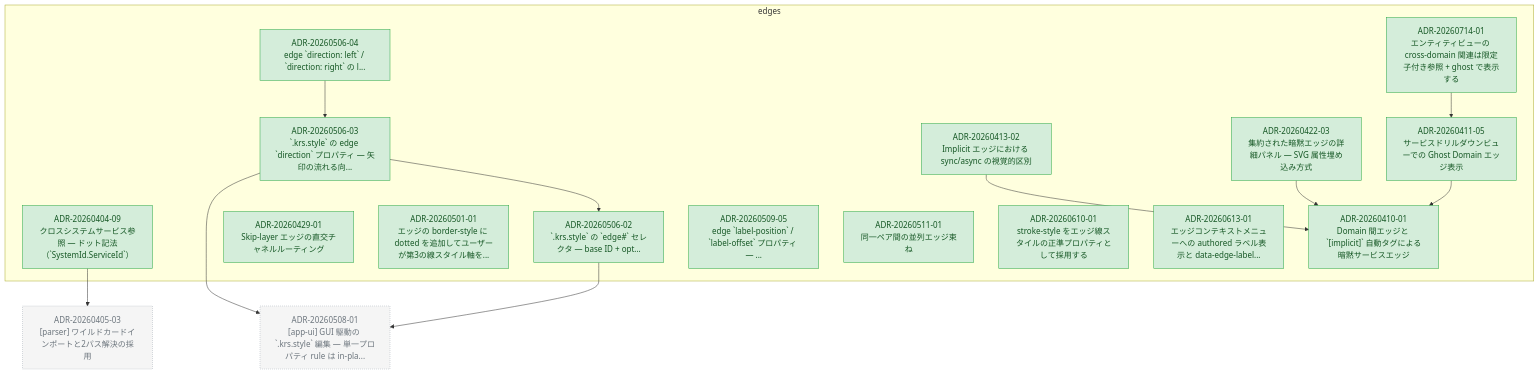
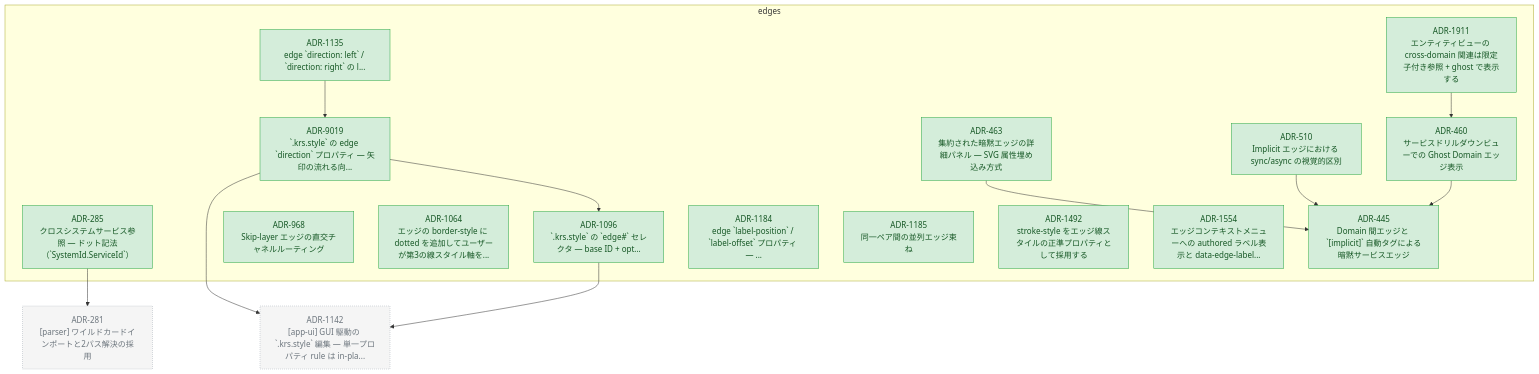
One commit to kompiro/karasu changed the diagram in docs/adr/graph/edges.md. Above: the diagram before and after it, drawn with Mermaid. The commit also changed 836 other files, not shown here.

````diff
--- a/docs/adr/graph/edges.md
+++ b/docs/adr/graph/edges.md
@@ -6,55 +6,55 @@
 ```mermaid
 flowchart TD
   subgraph edges["edges"]
-    ADR_20260404_09["ADR-20260404-09<br/>クロスシステムサービス参照 — ドット記法（`SystemId.ServiceId`）"]
-    ADR_20260410_01["ADR-20260410-01<br/>Domain 間エッジと `[implicit]` 自動タグによる暗黙サービスエッジ"]
-    ADR_20260411_05["ADR-20260411-05<br/>サービスドリルダウンビューでの Ghost Domain エッジ表示"]
-    ADR_20260413_02["ADR-20260413-02<br/>Implicit エッジにおける sync/async の視覚的区別"]
-    ADR_20260422_03["ADR-20260422-03<br/>集約された暗黙エッジの詳細パネル — SVG 属性埋め込み方式"]
-    ADR_20260429_01["ADR-20260429-01<br/>Skip-layer エッジの直交チャネルルーティング"]
-    ADR_20260501_01["ADR-20260501-01<br/>エッジの border-style に dotted を追加してユーザーが第3の線スタイル軸を..."]
-    ADR_20260506_02["ADR-20260506-02<br/>`.krs.style` の `edge#<id>` セレクタ — base ID + opt..."]
-    ADR_20260506_03["ADR-20260506-03<br/>`.krs.style` の edge `direction` プロパティ — 矢印の流れる向..."]
-    ADR_20260506_04["ADR-20260506-04<br/>edge `direction: left` / `direction: right` の l..."]
-    ADR_20260509_05["ADR-20260509-05<br/>edge `label-position` / `label-offset` プロパティ — ..."]
-    ADR_20260511_01["ADR-20260511-01<br/>同一ペア間の並列エッジ束ね"]
-    ADR_20260610_01["ADR-20260610-01<br/>stroke-style をエッジ線スタイルの正準プロパティとして採用する"]
-    ADR_20260613_01["ADR-20260613-01<br/>エッジコンテキストメニューへの authored ラベル表示と data-edge-label..."]
-    ADR_20260714_01["ADR-20260714-01<br/>エンティティビューの cross-domain 関連は限定子付き参照 + ghost で表示する"]
+    ADR_285["ADR-285<br/>クロスシステムサービス参照 — ドット記法（`SystemId.ServiceId`）"]
+    ADR_445["ADR-445<br/>Domain 間エッジと `[implicit]` 自動タグによる暗黙サービスエッジ"]
+    ADR_460["ADR-460<br/>サービスドリルダウンビューでの Ghost Domain エッジ表示"]
+    ADR_463["ADR-463<br/>集約された暗黙エッジの詳細パネル — SVG 属性埋め込み方式"]
+    ADR_510["ADR-510<br/>Implicit エッジにおける sync/async の視覚的区別"]
+    ADR_968["ADR-968<br/>Skip-layer エッジの直交チャネルルーティング"]
+    ADR_1064["ADR-1064<br/>エッジの border-style に dotted を追加してユーザーが第3の線スタイル軸を..."]
+    ADR_1096["ADR-1096<br/>`.krs.style` の `edge#<id>` セレクタ — base ID + opt..."]
+    ADR_1135["ADR-1135<br/>edge `direction: left` / `direction: right` の l..."]
+    ADR_1184["ADR-1184<br/>edge `label-position` / `label-offset` プロパティ — ..."]
+    ADR_1185["ADR-1185<br/>同一ペア間の並列エッジ束ね"]
+    ADR_1492["ADR-1492<br/>stroke-style をエッジ線スタイルの正準プロパティとして採用する"]
+    ADR_1554["ADR-1554<br/>エッジコンテキストメニューへの authored ラベル表示と data-edge-label..."]
+    ADR_1911["ADR-1911<br/>エンティティビューの cross-domain 関連は限定子付き参照 + ghost で表示する"]
+    ADR_9019["ADR-9019<br/>`.krs.style` の edge `direction` プロパティ — 矢印の流れる向..."]
   end
-  ADR_20260405_03["ADR-20260405-03<br/>[parser] ワイルドカードインポートと2パス解決の採用"]
-  ADR_20260508_01["ADR-20260508-01<br/>[app-ui] GUI 駆動の `.krs.style` 編集 — 単一プロパティ rule は in-pla..."]
-  ADR_20260404_09 --> ADR_20260405_03
-  ADR_20260411_05 --> ADR_20260410_01
-  ADR_20260413_02 --> ADR_20260410_01
-  ADR_20260422_03 --> ADR_20260410_01
-  ADR_20260506_02 --> ADR_20260508_01
-  ADR_20260506_03 --> ADR_20260508_01
-  ADR_20260506_03 --> ADR_20260506_02
-  ADR_20260506_04 --> ADR_20260506_03
-  ADR_20260714_01 --> ADR_20260411_05
+  ADR_281["ADR-281<br/>[parser] ワイルドカードインポートと2パス解決の採用"]
+  ADR_1142["ADR-1142<br/>[app-ui] GUI 駆動の `.krs.style` 編集 — 単一プロパティ rule は in-pla..."]
+  ADR_285 --> ADR_281
+  ADR_460 --> ADR_445
+  ADR_463 --> ADR_445
+  ADR_510 --> ADR_445
+  ADR_1096 --> ADR_1142
+  ADR_1135 --> ADR_9019
+  ADR_1911 --> ADR_460
+  ADR_9019 --> ADR_1142
+  ADR_9019 --> ADR_1096
 
   classDef accepted fill:#d4edda,stroke:#28a745,color:#155724
   classDef proposed fill:#fff3cd,stroke:#ffc107,color:#856404
   classDef deprecated fill:#f8d7da,stroke:#dc3545,color:#721c24
   classDef superseded fill:#e2e3e5,stroke:#6c757d,color:#383d41
   classDef not_adopted fill:#e2e3e5,stroke:#6c757d,color:#383d41,stroke-dasharray:3 3
   classDef ghost fill:#f5f5f5,stroke:#adb5bd,color:#6c757d,stroke-dasharray:2 2
-  class ADR_20260404_09 accepted
-  class ADR_20260410_01 accepted
-  class ADR_20260411_05 accepted
-  class ADR_20260413_02 accepted
-  class ADR_20260422_03 accepted
-  class ADR_20260429_01 accepted
-  class ADR_20260501_01 accepted
-  class ADR_20260506_02 accepted
-  class ADR_20260506_03 accepted
-  class ADR_20260506_04 accepted
-  class ADR_20260509_05 accepted
-  class ADR_20260511_01 accepted
-  class ADR_20260610_01 accepted
-  class ADR_20260613_01 accepted
-  class ADR_20260714_01 accepted
-  class ADR_20260405_03 ghost
-  class ADR_20260508_01 ghost
+  class ADR_285 accepted
+  class ADR_445 accepted
+  class ADR_460 accepted
+  class ADR_463 accepted
+  class ADR_510 accepted
+  class ADR_968 accepted
+  class ADR_1064 accepted
+  class ADR_1096 accepted
+  class ADR_1135 accepted
+  class ADR_1184 accepted
+  class ADR_1185 accepted
+  class ADR_1492 accepted
+  class ADR_1554 accepted
+  class ADR_1911 accepted
+  class ADR_9019 accepted
+  class ADR_281 ghost
+  class ADR_1142 ghost
 ```
````
